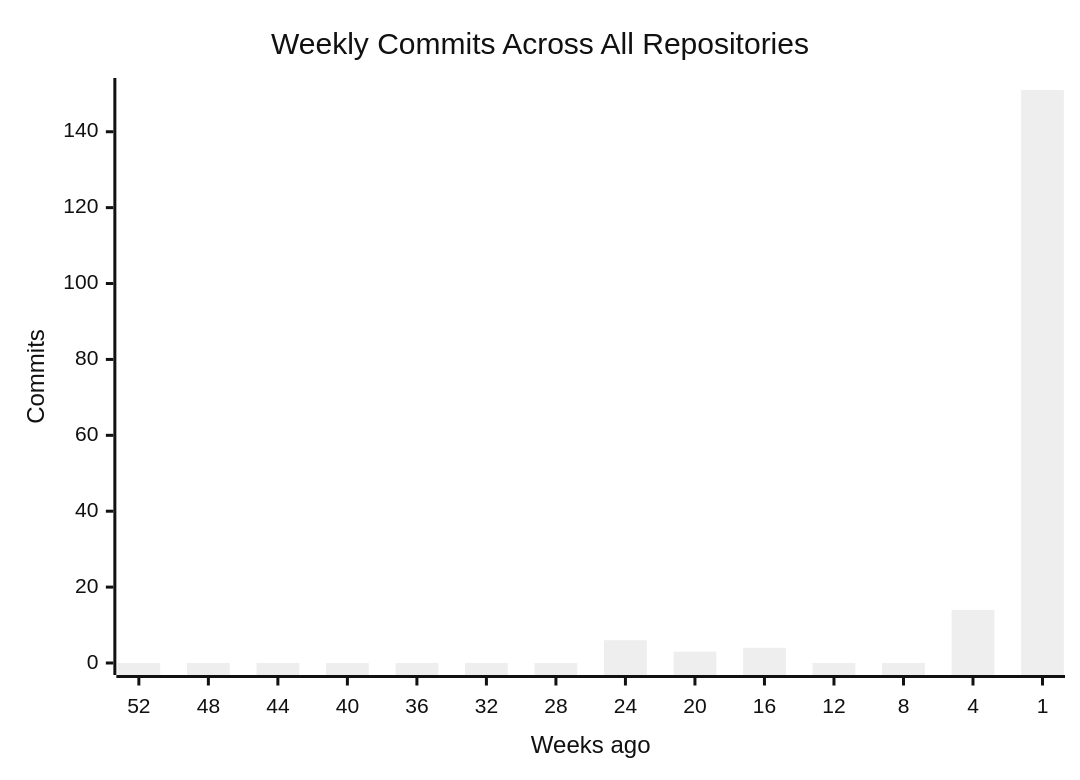
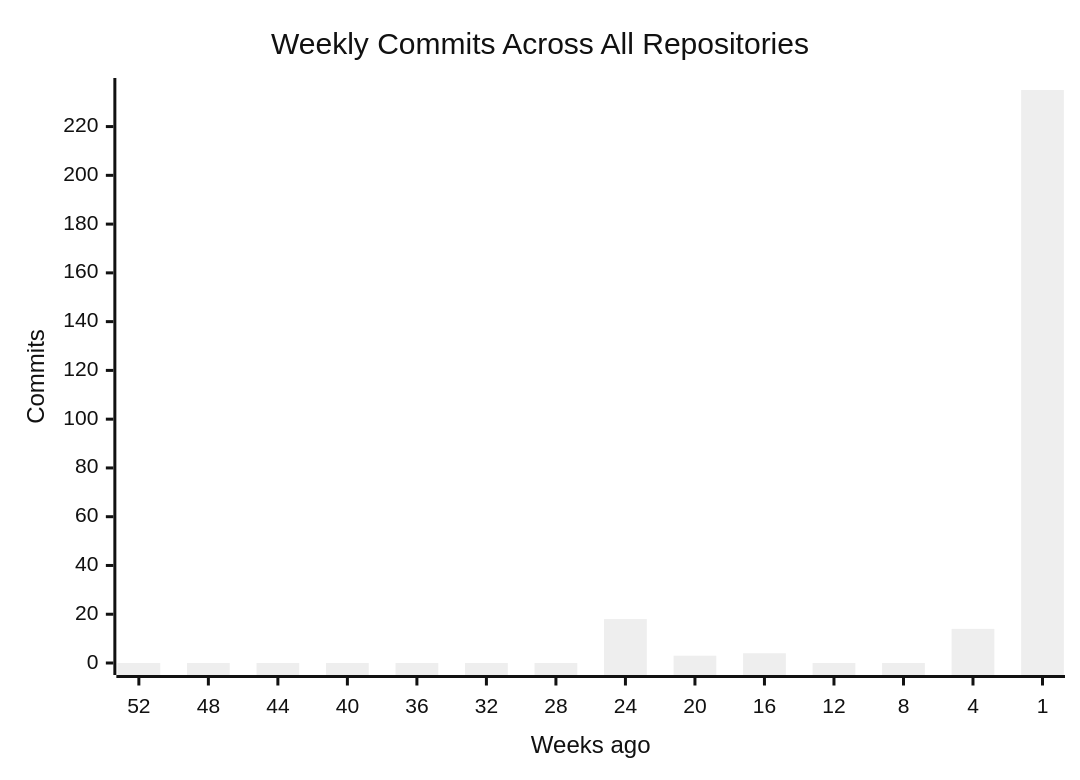
One commit to CSTH-Projects/.github changed the first of 4 diagrams in profile/README.md. Above: the diagram before and after it, drawn with Mermaid (neutral theme). The commit also changed other lines of this file, not shown here.

````diff
--- a/profile/README.md
+++ b/profile/README.md
@@ -16,7 +16,7 @@
 ```mermaid
 xychart-beta
     title "Weekly Commits Across All Repositories"
     x-axis "Weeks ago" [52, 48, 44, 40, 36, 32, 28, 24, 20, 16, 12, 8, 4, 1]
     y-axis "Commits"
-    bar [0, 0, 0, 0, 0, 0, 0, 6, 3, 4, 0, 0, 14, 151]
+    bar [0, 0, 0, 0, 0, 0, 0, 18, 3, 4, 0, 0, 14, 235]
 ```
````
